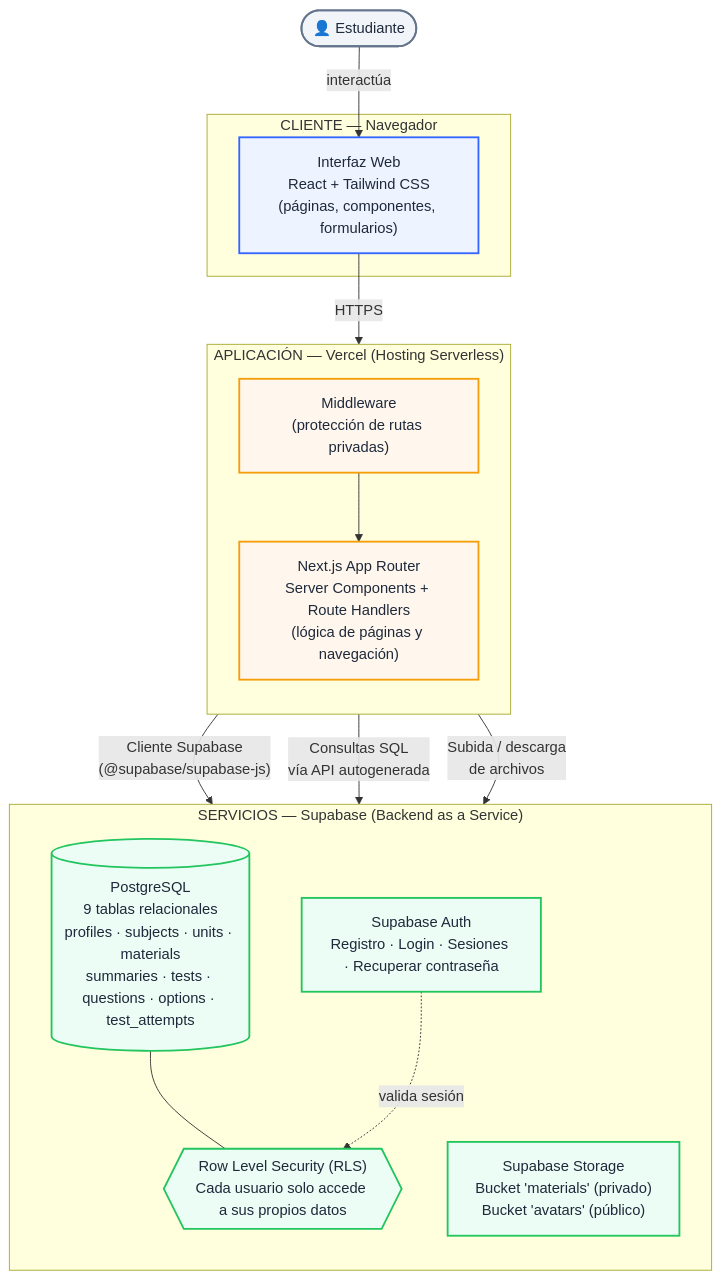
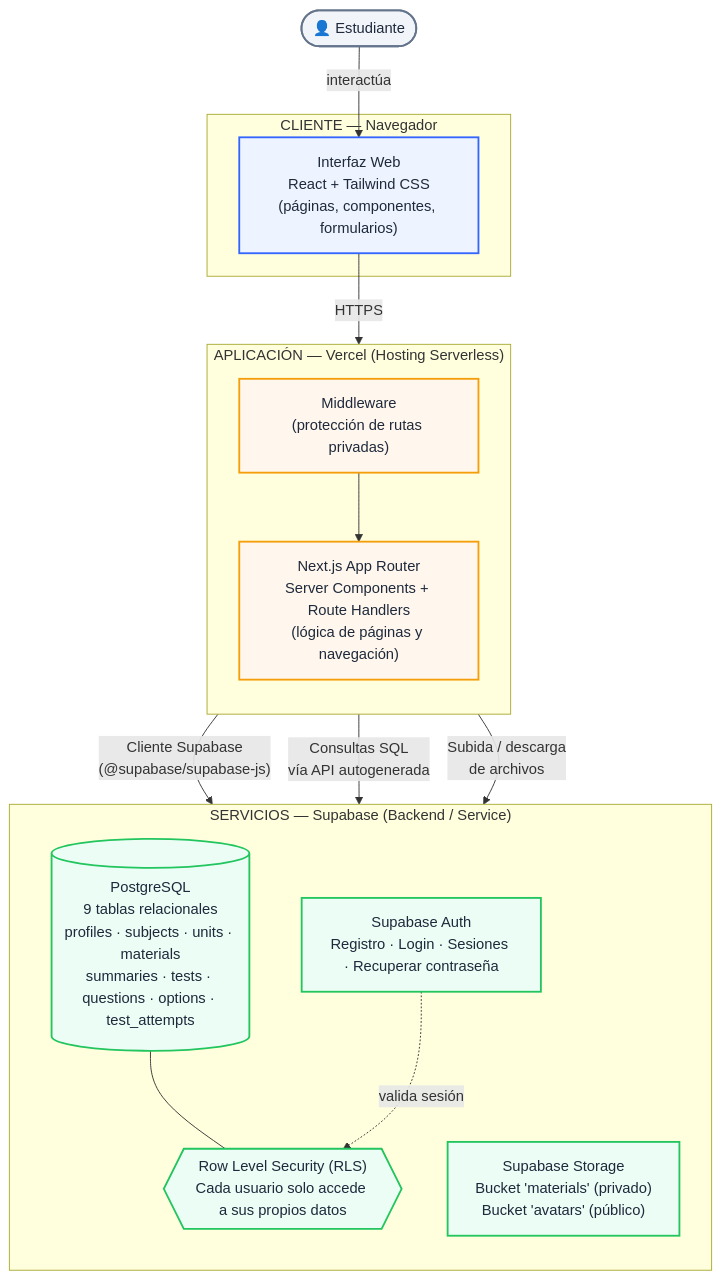
Before and after one commit to Milaa-jh/Camila-Droguett-eduvault-modular: the diagram in README.md, drawn with Mermaid.

Commit message:
description in README

````diff
--- a/README.md
+++ b/README.md
@@ -182,41 +182,41 @@
 ```mermaid
 flowchart TB
     User(["👤 Estudiante"])
 
     subgraph Client["CLIENTE — Navegador"]
         Browser["Interfaz Web<br/>React + Tailwind CSS<br/>(páginas, componentes, formularios)"]
     end
 
     subgraph Vercel["APLICACIÓN — Vercel (Hosting Serverless)"]
         direction TB
         Middleware["Middleware<br/>(protección de rutas privadas)"]
         NextApp["Next.js App Router<br/>Server Components + Route Handlers<br/>(lógica de páginas y navegación)"]
         Middleware --> NextApp
     end
 
-    subgraph Supabase["SERVICIOS — Supabase (Backend as a Service)"]
+    subgraph Supabase["SERVICIOS — Supabase (Backend / Service)"]
         direction TB
         Auth["Supabase Auth<br/>Registro · Login · Sesiones · Recuperar contraseña"]
         DB[("PostgreSQL<br/>9 tablas relacionales<br/>profiles · subjects · units · materials<br/>summaries · tests · questions · options · test_attempts")]
         RLS{{"Row Level Security (RLS)<br/>Cada usuario solo accede a sus propios datos"}}
         Storage["Supabase Storage<br/>Bucket 'materials' (privado)<br/>Bucket 'avatars' (público)"]
         DB --- RLS
     end
 
     User -->|"interactúa"| Browser
     Browser -->|"HTTPS"| Middleware
     NextApp -->|"Cliente Supabase<br/>(@supabase/supabase-js)"| Auth
     NextApp -->|"Consultas SQL<br/>vía API autogenerada"| DB
     NextApp -->|"Subida / descarga<br/>de archivos"| Storage
     Auth -.->|"valida sesión"| RLS
 
     classDef client fill:#eef4ff,stroke:#3466ff,stroke-width:2px,color:#1e293b
     classDef app fill:#fff7ed,stroke:#f59e0b,stroke-width:2px,color:#1e293b
     classDef service fill:#ecfdf5,stroke:#22c55e,stroke-width:2px,color:#1e293b
     classDef user fill:#f1f5f9,stroke:#64748b,stroke-width:2px,color:#1e293b
 
     class Browser client
     class Middleware,NextApp app
     class Auth,DB,RLS,Storage service
     class User user
 ```
````
